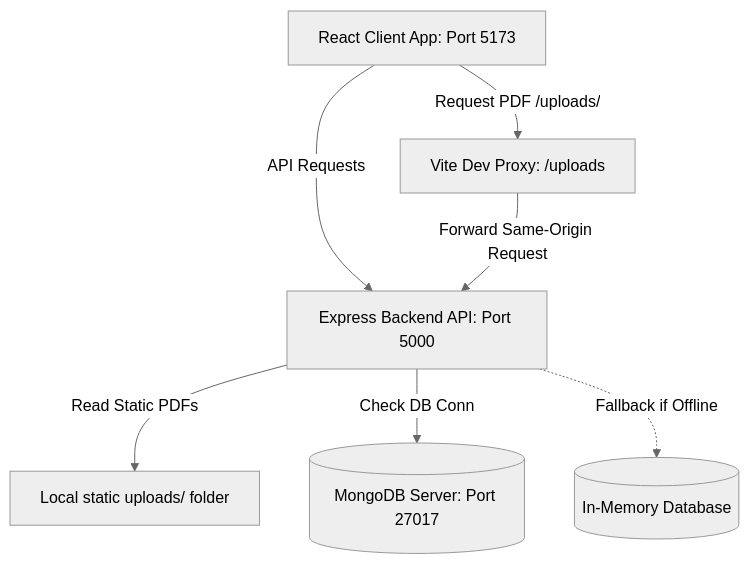
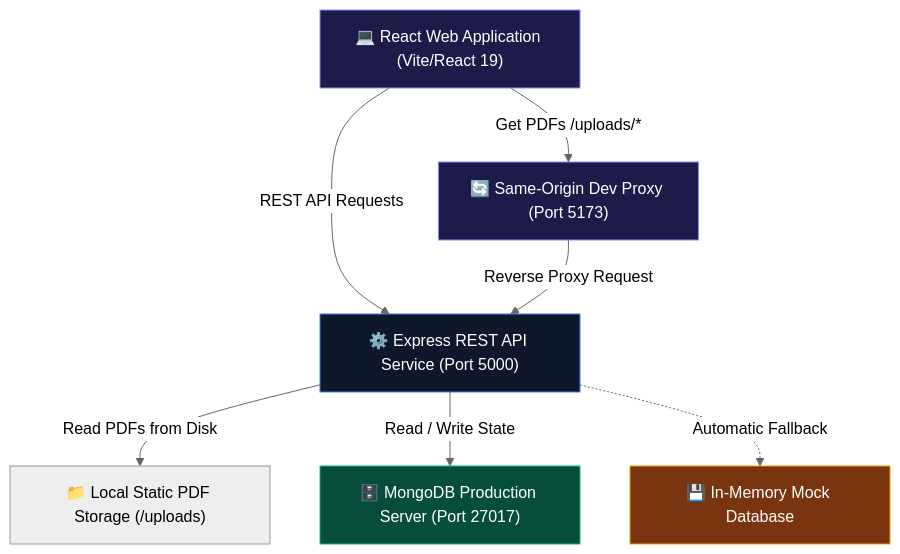
One commit to shaaannn7/TechVault changed the first of 3 diagrams in README.md. Above: the diagram before and after it, drawn with Mermaid (neutral theme). The commit also changed other lines of this file, not shown here.

````diff
--- a/README.md
+++ b/README.md
@@ -104,16 +168,29 @@
 ```mermaid
 graph TD
-    Client[React Client App: Port 5173]
-    ViteProxy[Vite Dev Proxy: /uploads]
-    ExpressServer[Express Backend API: Port 5000]
-    MockDB[(In-Memory Database)]
-    MongoDB[(MongoDB Server: Port 27017)]
-    UploadDir[Local static uploads/ folder]
+    %% Node definitions with modern labels
+    Client["💻 React Web Application (Vite/React 19)"]
+    ViteProxy["🔄 Same-Origin Dev Proxy (Port 5173)"]
+    ExpressServer["⚙️ Express REST API Service (Port 5000)"]
+    MockDB["💾 In-Memory Mock Database"]
+    MongoDB["🗄️ MongoDB Production Server (Port 27017)"]
+    UploadDir["📁 Local Static PDF Storage (/uploads)"]
 
-    Client -->|API Requests| ExpressServer
-    Client -->|Request PDF /uploads/| ViteProxy
-    ViteProxy -->|Forward Same-Origin Request| ExpressServer
-    ExpressServer -->|Read Static PDFs| UploadDir
-    ExpressServer -->|Check DB Conn| MongoDB
-    ExpressServer -.->|Fallback if Offline| MockDB
+    %% Styling
+    classDef primary fill:#1e1b4b,stroke:#818cf8,stroke-width:1px,color:#fff;
+    classDef secondary fill:#0f172a,stroke:#3b82f6,stroke-width:1px,color:#fff;
+    classDef db fill:#064e3b,stroke:#10b981,stroke-width:1px,color:#fff;
+    classDef fallback fill:#78350f,stroke:#f59e0b,stroke-width:1px,color:#fff;
+
+    class Client,ViteProxy primary;
+    class ExpressServer secondary;
+    class MongoDB db;
+    class MockDB fallback;
+
+    %% Relationships
+    Client -->|REST API Requests| ExpressServer
+    Client -->|Get PDFs /uploads/*| ViteProxy
+    ViteProxy -->|Reverse Proxy Request| ExpressServer
+    ExpressServer -->|Read PDFs from Disk| UploadDir
+    ExpressServer -->|Read / Write State| MongoDB
+    ExpressServer -.->|Automatic Fallback| MockDB
 ```
````
